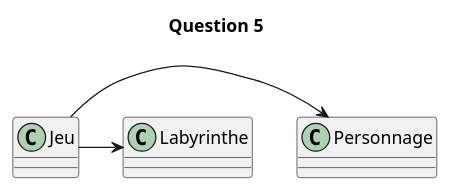
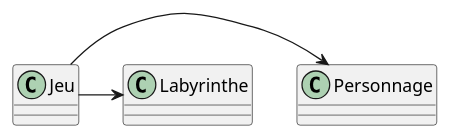
The diagram in projet_zeldiablo/documents/version_1/DiagrammeClass.puml (lucas-martinati-pro/SAE_S2.01_Zeldiablo-LucasM_JeanLM_PierreGSV), drawn with PlantUML before and after one commit.

Commit message:
remove: titre du diagramme

```diff
--- a/projet_zeldiablo/documents/version_1/DiagrammeClass.puml
+++ b/projet_zeldiablo/documents/version_1/DiagrammeClass.puml
@@ -1,16 +1,15 @@
 @startuml
-title Question 5
 '''classes
 class Jeu{}
 
 '''classes
 class Personnage{}
 
 '''classes
 class  Labyrinthe
 
 '''relations
 Jeu -> Personnage
 Jeu -> Labyrinthe
 
 @enduml
```
